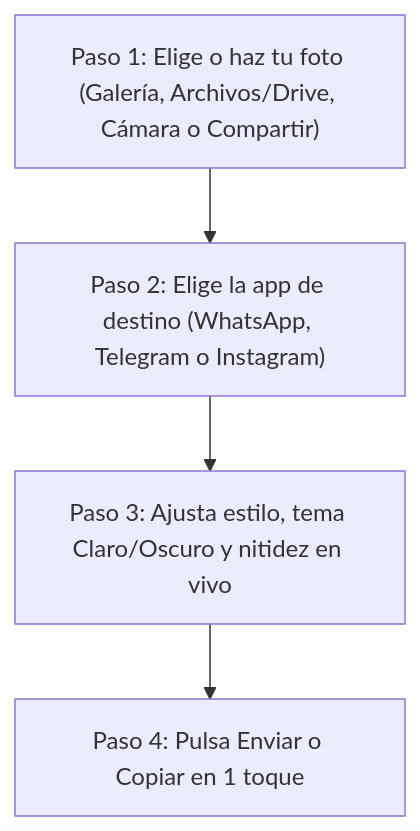
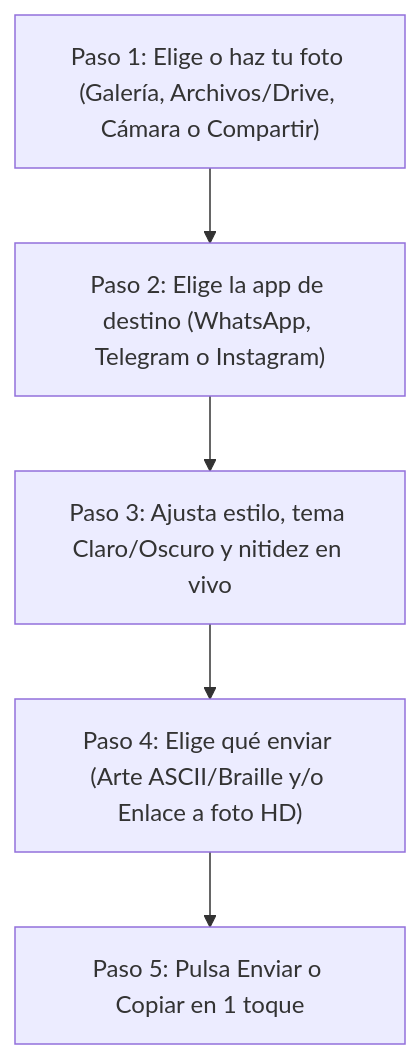
Before and after one commit to laralbir/img2asciiIM: the second of 4 diagrams in docs/USER_GUIDE.md, drawn with Mermaid. The commit also changed other lines of this file and 17 other files, not shown here.

````diff
--- a/docs/USER_GUIDE.md
+++ b/docs/USER_GUIDE.md
@@ -90,6 +93,7 @@
 ```mermaid
 flowchart TD
     Paso1["Paso 1: Elige o haz tu foto (Galería, Archivos/Drive, Cámara o Compartir)"] --> Paso2["Paso 2: Elige la app de destino (WhatsApp, Telegram o Instagram)"]
     Paso2 --> Paso3["Paso 3: Ajusta estilo, tema Claro/Oscuro y nitidez en vivo"]
-    Paso3 --> Paso4["Paso 4: Pulsa Enviar o Copiar en 1 toque"]
+    Paso3 --> Paso4["Paso 4: Elige qué enviar (Arte ASCII/Braille y/o Enlace a foto HD)"]
+    Paso4 --> Paso5["Paso 5: Pulsa Enviar o Copiar en 1 toque"]
 ```
````
